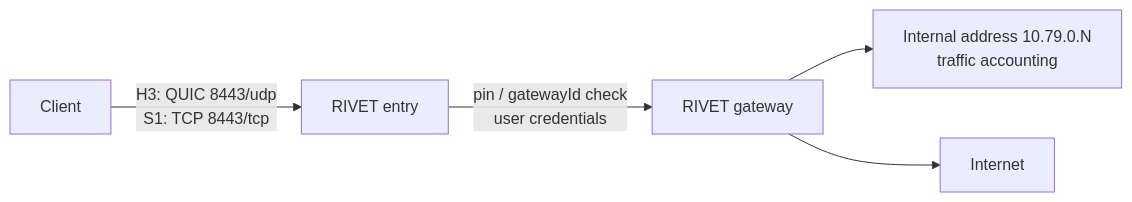
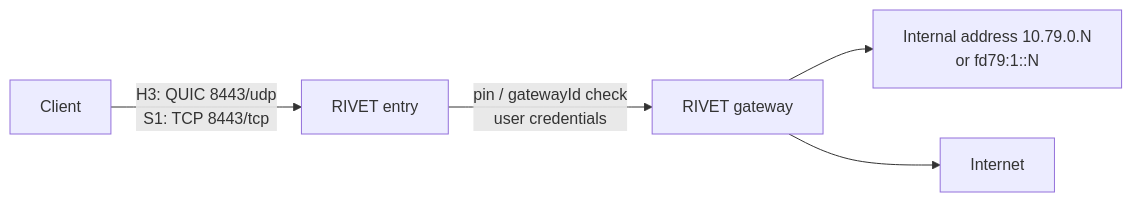
One commit to rukazax/xio_vpn changed the first of 3 diagrams in README.md. Above: the diagram before and after it, drawn with Mermaid. The commit also changed other lines of this file and 9 other files, not shown here.

````diff
--- a/README.md
+++ b/README.md
@@ -125,7 +167,7 @@
 ```mermaid
 flowchart LR
   C["Client"] -->|"H3: QUIC 8443/udp<br/>S1: TCP 8443/tcp"| E["RIVET entry"]
   E -->|"pin / gatewayId check<br/>user credentials"| G["RIVET gateway"]
-  G --> IP["Internal address 10.79.0.N<br/>traffic accounting"]
+  G --> IP["Internal address 10.79.0.N<br/>or fd79:1::N"]
   G --> NET["Internet"]
 ```
````
